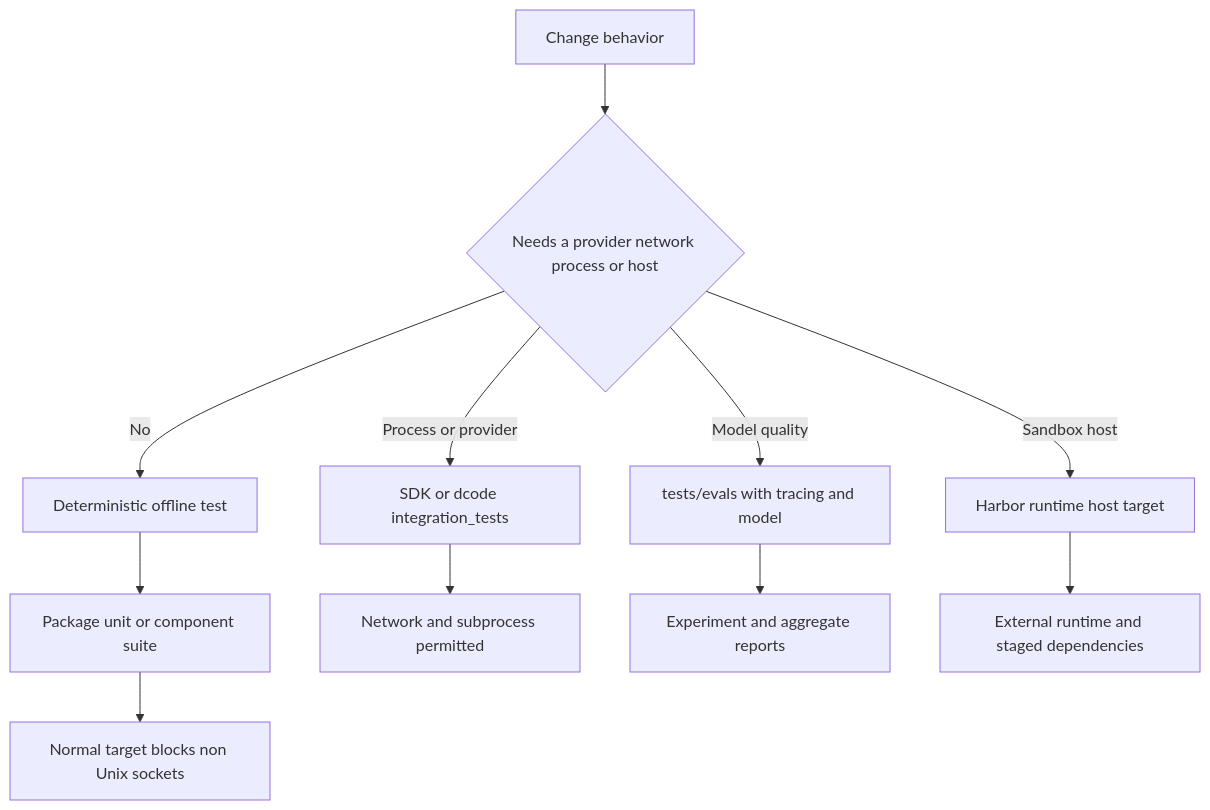
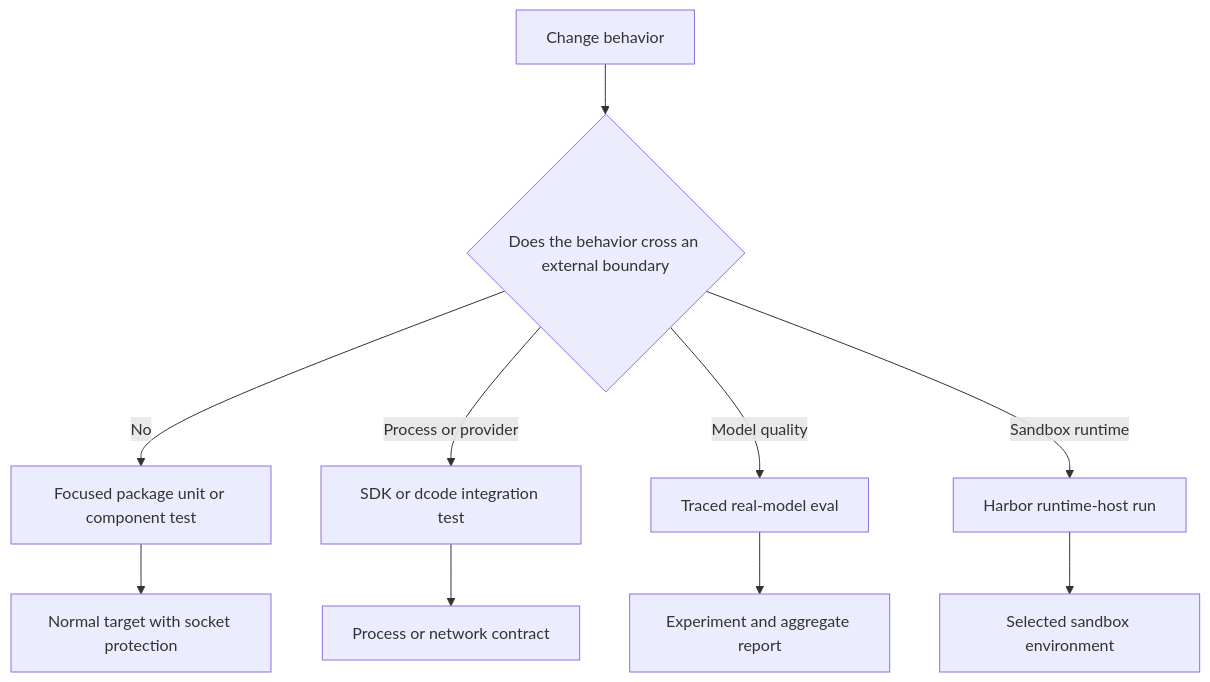
Before and after one commit to jkennedyvz/deepagents: the diagram in openwiki/testing/testing-guide.md, drawn with Mermaid. The commit also changed other lines of this file and 63 other files, not shown here.

````diff
--- a/openwiki/testing/testing-guide.md
+++ b/openwiki/testing/testing-guide.md
@@ -69,13 +75,12 @@
 ```mermaid
 flowchart TD
-    Change["Change behavior"] --> NeedExternal{"Needs a provider network process or host"}
-    NeedExternal -->|"No"| Offline["Deterministic offline test"]
-    Offline --> Unit["Package unit or component suite"]
-    Unit --> Socket["Normal target blocks non Unix sockets"]
-    NeedExternal -->|"Process or provider"| Integration["SDK or dcode integration_tests"]
-    NeedExternal -->|"Model quality"| Evals["tests/evals with tracing and model"]
-    NeedExternal -->|"Sandbox host"| Harbor["Harbor runtime host target"]
-    Integration --> Live["Network and subprocess permitted"]
-    Evals --> Reports["Experiment and aggregate reports"]
-    Harbor --> Runtime["External runtime and staged dependencies"]
+    Change["Change behavior"] --> External{"Does the behavior cross an external boundary"}
+    External -->|"No"| Unit["Focused package unit or component test"]
+    Unit --> Normal["Normal target with socket protection"]
+    External -->|"Process or provider"| Integration["SDK or dcode integration test"]
+    External -->|"Model quality"| EvalRun["Traced real-model eval"]
+    External -->|"Sandbox runtime"| Harbor["Harbor runtime-host run"]
+    Integration --> Contract["Process or network contract"]
+    EvalRun --> Report["Experiment and aggregate report"]
+    Harbor --> Sandbox["Selected sandbox environment"]
 ```
````
